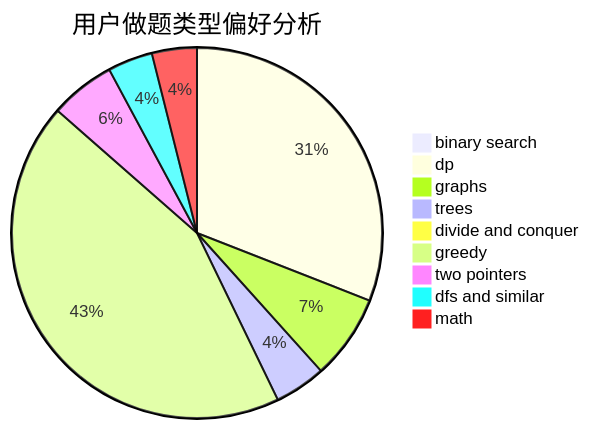
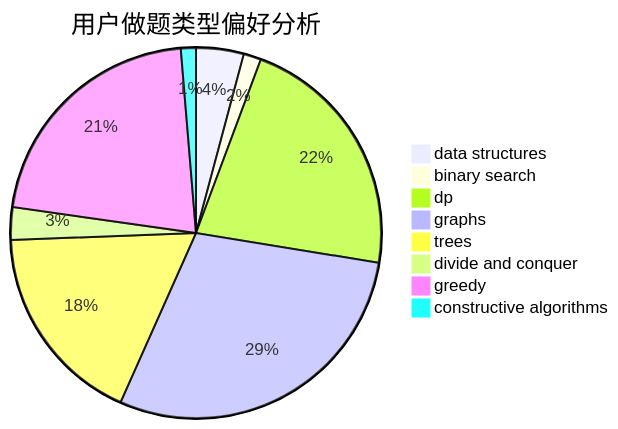
One commit to sherpahu/cfrs.github.io changed the second of 3 diagrams in docs/user/u519.md. Above: the diagram before and after it, drawn with Mermaid. The commit also changed other lines of this file and 2775 other files, not shown here.

````diff
--- a/docs/user/u519.md
+++ b/docs/user/u519.md
@@ -23,12 +23,11 @@
 ```mermaid
 pie title 用户做题类型偏好分析
-    "binary search" :  12
-    "dp" :  560
-    "graphs" :  134
+    "data structures" :  19
+    "binary search" :  7
+    "dp" :  100
+    "graphs" :  133
     "trees" :  81
     "divide and conquer" :  13
-    "greedy" :  790
-    "two pointers" :  103
-    "dfs and similar" :  71
-    "math" :  71
+    "greedy" :  98
+    "constructive algorithms" :  6
 ```
````
